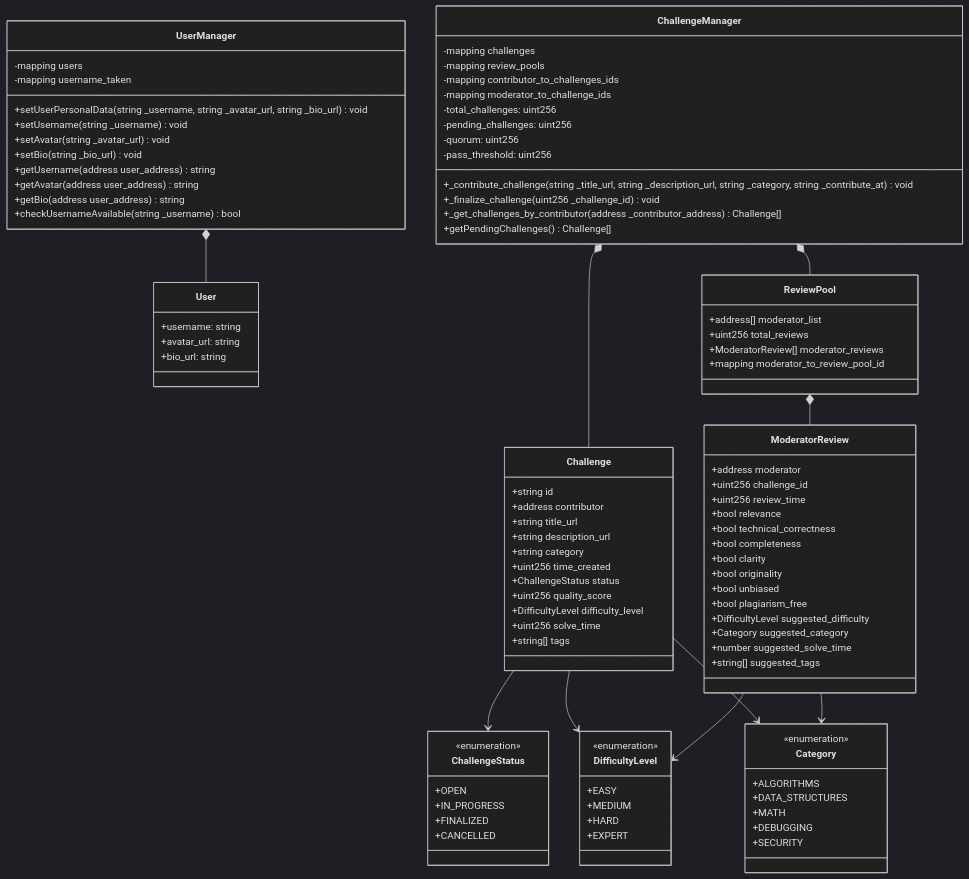
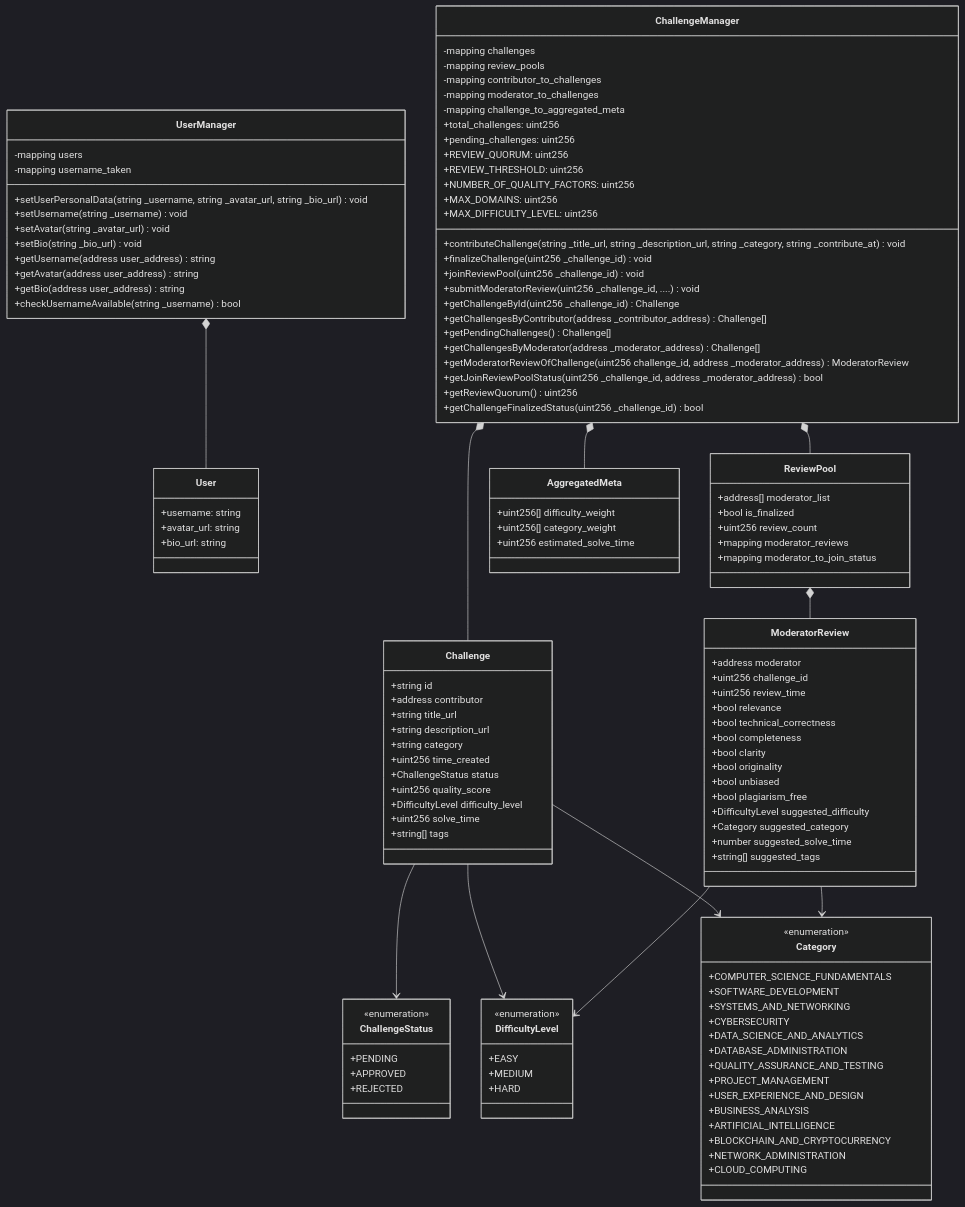
The diagram in UML.mmd (SkillChain-The-Reputation-System/Charts), drawn with Mermaid (dark theme) before and after one commit.

Commit message:
Refactor UML diagram: update mappings and add new methods for challenge management

```diff
--- a/UML.mmd
+++ b/UML.mmd
@@ -1,121 +1,155 @@
-
 classDiagram
     class UserManager {
        %% mapping(user_address: address => User)
       -mapping users 
       %% mapping(username: string => bool)
       -mapping username_taken
 
       +setUserPersonalData(string _username, string _avatar_url, string _bio_url) void
       +setUsername(string _username) void
       +setAvatar(string _avatar_url) void
       +setBio(string _bio_url) void
       +getUsername(address user_address) string
       +getAvatar(address user_address) string
       +getBio(address user_address) string
       +checkUsernameAvailable(string _username) bool
     }
 
     class User {
       +username: string
       +avatar_url: string
       +bio_url: string
     }
     
     class ChallengeManager {
       %% mapping(challenge_id:uint256 => Challenge)
       -mapping challenges
       %% mapping(challenge_id:uint256 => ReviewPool)
       -mapping review_pools
       %% mapping(contributor_addr:address => uint256[])
-      -mapping contributor_to_challenges_ids
+      -mapping contributor_to_challenges
       %% mapping(moderator_addr:address => uint256[])
-      -mapping moderator_to_challenge_ids
+      -mapping moderator_to_challenges
+      %% mapping(challenge_id:uint256 => AggregatedMeta)
+      -mapping challenge_to_aggregated_meta
 
-      -total_challenges: uint256
-      -pending_challenges: uint256
-      -quorum: uint256
-      -pass_threshold: uint256
+      +total_challenges: uint256
+      +pending_challenges: uint256
+      +REVIEW_QUORUM: uint256
+      +REVIEW_THRESHOLD: uint256
+      +NUMBER_OF_QUALITY_FACTORS: uint256
+      +MAX_DOMAINS: uint256
+      +MAX_DIFFICULTY_LEVEL: uint256
 
-      +_contribute_challenge(string _title_url, string _description_url, string _category, string _contribute_at) void
-      +_finalize_challenge(uint256 _challenge_id) void
+      %% CONTRIBUTION
+      +contributeChallenge(string _title_url, string _description_url, string _category, string _contribute_at) void
 
-      +_get_challenges_by_contributor(address _contributor_address) Challenge[]
+      %% MODERATION
+      +finalizeChallenge(uint256 _challenge_id) void
+      +joinReviewPool(uint256 _challenge_id) void
+      +submitModeratorReview(uint256 _challenge_id, ....) void
+
+      %% GETTER
+      +getChallengeById(uint256 _challenge_id) Challenge
+      +getChallengesByContributor(address _contributor_address) Challenge[]
       +getPendingChallenges( ) Challenge[]
+
+      +getChallengesByModerator(address _moderator_address) Challenge[]
+      +getModeratorReviewOfChallenge(uint256 challenge_id, address _moderator_address) ModeratorReview
+      +getJoinReviewPoolStatus(uint256 _challenge_id, address _moderator_address) bool
+      +getReviewQuorum( ) uint256
+      +getChallengeFinalizedStatus(uint256 _challenge_id) bool
     }
 
     class Challenge {
       +string id
       +address contributor
       +string title_url
       +string description_url
       +string category
       +uint256 time_created
       +ChallengeStatus status
       +uint256 quality_score
       +DifficultyLevel difficulty_level
       +uint256 solve_time
       +string[] tags
     }
 
     class ModeratorReview {
       +address moderator
       +uint256 challenge_id
       +uint256 review_time
       +bool relevance
       +bool technical_correctness
       +bool completeness
       +bool clarity
       +bool originality
       +bool unbiased
       +bool plagiarism_free
       +DifficultyLevel suggested_difficulty
       +Category suggested_category
       +number suggested_solve_time
       +string[] suggested_tags
     }
 
 
     class ReviewPool {
       +address[] moderator_list
-      +uint256 total_reviews
-      +ModeratorReview[] moderator_reviews
-      +mapping moderator_to_review_pool_id
+      +bool is_finalized
+      +uint256 review_count
+      %% mapping(moderator_address:address => ModeratorReview)
+      +mapping moderator_reviews
+      %% mapping(moderator_address:address => bool)
+      +mapping moderator_to_join_status
+    }
+
+    class AggregatedMeta {
+      +uint256[] difficulty_weight
+      +uint256[] category_weight
+      +uint256 estimated_solve_time
     }
 
 
     %% Enumerations as classes with <<enumeration>> stereotype
     class ChallengeStatus {
       <<enumeration>>
-      +OPEN
-      +IN_PROGRESS
-      +FINALIZED
-      +CANCELLED
+      +PENDING
+      +APPROVED
+      +REJECTED
     }
     class DifficultyLevel {
       <<enumeration>>
       +EASY
       +MEDIUM
       +HARD
-      +EXPERT
     }
     class Category {
       <<enumeration>>
-      +ALGORITHMS
-      +DATA_STRUCTURES
-      +MATH
-      +DEBUGGING
-      +SECURITY
+      +COMPUTER_SCIENCE_FUNDAMENTALS
+      +SOFTWARE_DEVELOPMENT
+      +SYSTEMS_AND_NETWORKING
+      +CYBERSECURITY
+      +DATA_SCIENCE_AND_ANALYTICS
+      +DATABASE_ADMINISTRATION
+      +QUALITY_ASSURANCE_AND_TESTING
+      +PROJECT_MANAGEMENT
+      +USER_EXPERIENCE_AND_DESIGN
+      +BUSINESS_ANALYSIS
+      +ARTIFICIAL_INTELLIGENCE
+      +BLOCKCHAIN_AND_CRYPTOCURRENCY
+      +NETWORK_ADMINISTRATION
+      +CLOUD_COMPUTING
     }
     
     
     %% Relationships among Primary Domain Classes
     UserManager *-- User 
     ChallengeManager *-- Challenge 
     ChallengeManager *-- ReviewPool 
+    ChallengeManager *-- AggregatedMeta
     ReviewPool *-- ModeratorReview 
     Challenge --> ChallengeStatus 
     Challenge --> DifficultyLevel 
     Challenge --> Category 
     ModeratorReview --> DifficultyLevel
     ModeratorReview --> Category
```
